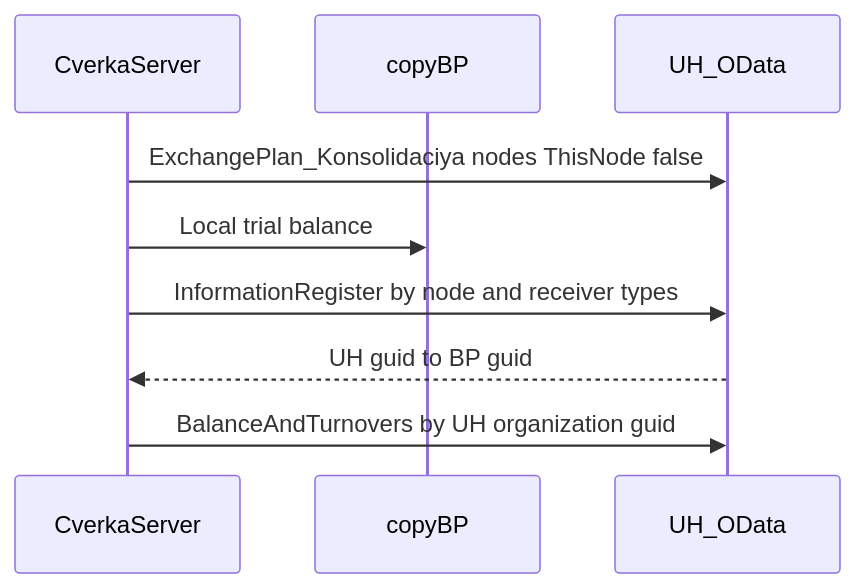
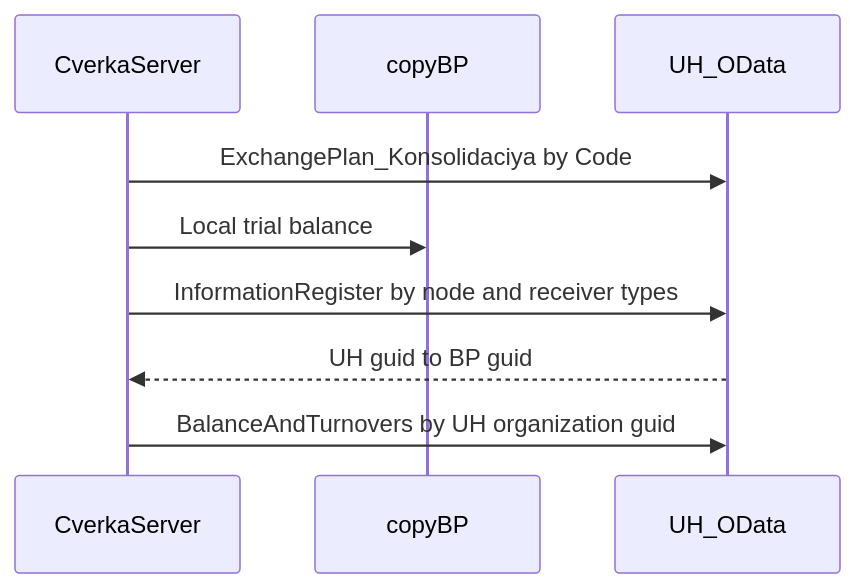
The diagram in .cursor/plans/соответствия_через_odata_f2f4cc0b.plan.md (AaronGutan/BPLM-UHLM), drawn with Mermaid before and after one commit. The commit also changed other lines of this file and 8 other files, not shown here.

````diff
--- a/.cursor/plans/соответствия_через_odata_f2f4cc0b.plan.md
+++ b/.cursor/plans/соответствия_через_odata_f2f4cc0b.plan.md
@@ -66,11 +74,11 @@
 ```mermaid
 sequenceDiagram
     participant Server as CverkaServer
     participant BP as copyBP
     participant OData as UH_OData
-    Server->>OData: ExchangePlan_Konsolidaciya nodes ThisNode false
+    Server->>OData: ExchangePlan_Konsolidaciya by Code
     Server->>BP: Local trial balance
     Server->>OData: InformationRegister by node and receiver types
     OData-->>Server: UH guid to BP guid
     Server->>OData: BalanceAndTurnovers by UH organization guid
 ```
````
